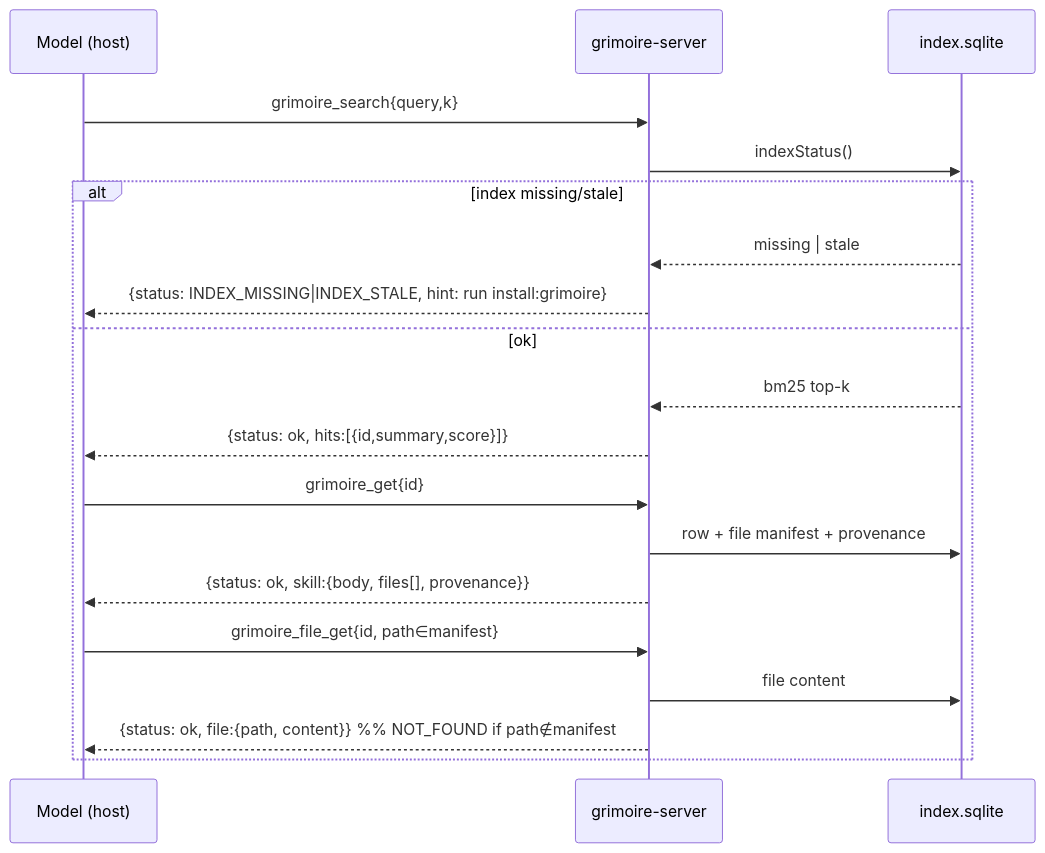
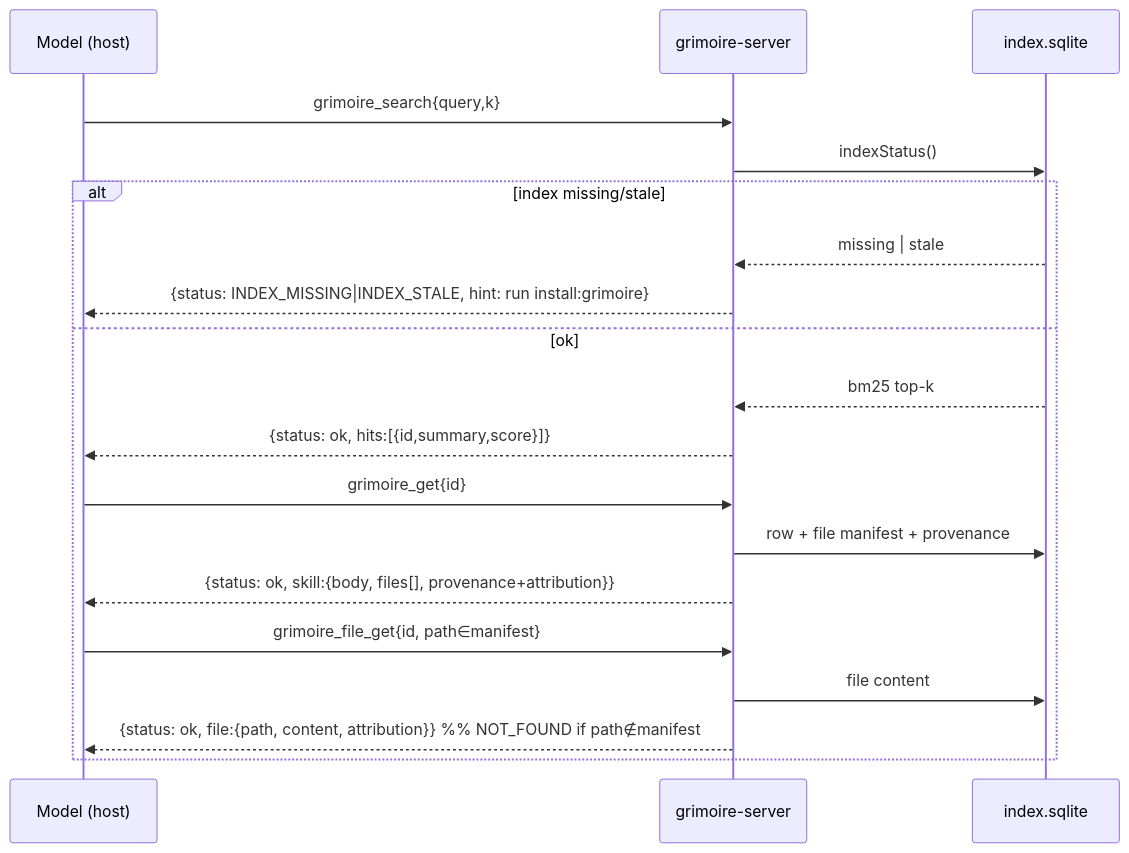
One commit to Lyther/Coding-Agent-Prompts changed the third of 3 diagrams in mcps/grimoire/diagrams.md. Above: the diagram before and after it, drawn with Mermaid. The commit also changed other lines of this file and 24 other files, not shown here.

First line of the commit message:
feat(grimoire): harden indexed skill provenance

````diff
--- a/mcps/grimoire/diagrams.md
+++ b/mcps/grimoire/diagrams.md
@@ -78,22 +78,22 @@
 ```mermaid
 sequenceDiagram
     participant M as Model (host)
     participant G as grimoire-server
     participant DB as index.sqlite
 
     M->>G: grimoire_search{query,k}
     G->>DB: indexStatus()
     alt index missing/stale
         DB-->>G: missing | stale
         G-->>M: {status: INDEX_MISSING|INDEX_STALE, hint: run install:grimoire}
     else ok
         DB-->>G: bm25 top-k
         G-->>M: {status: ok, hits:[{id,summary,score}]}
         M->>G: grimoire_get{id}
         G->>DB: row + file manifest + provenance
-        G-->>M: {status: ok, skill:{body, files[], provenance}}
+        G-->>M: {status: ok, skill:{body, files[], provenance+attribution}}
         M->>G: grimoire_file_get{id, path∈manifest}
         G->>DB: file content
-        G-->>M: {status: ok, file:{path, content}}  %% NOT_FOUND if path∉manifest
+        G-->>M: {status: ok, file:{path, content, attribution}}  %% NOT_FOUND if path∉manifest
     end
 ```
````
